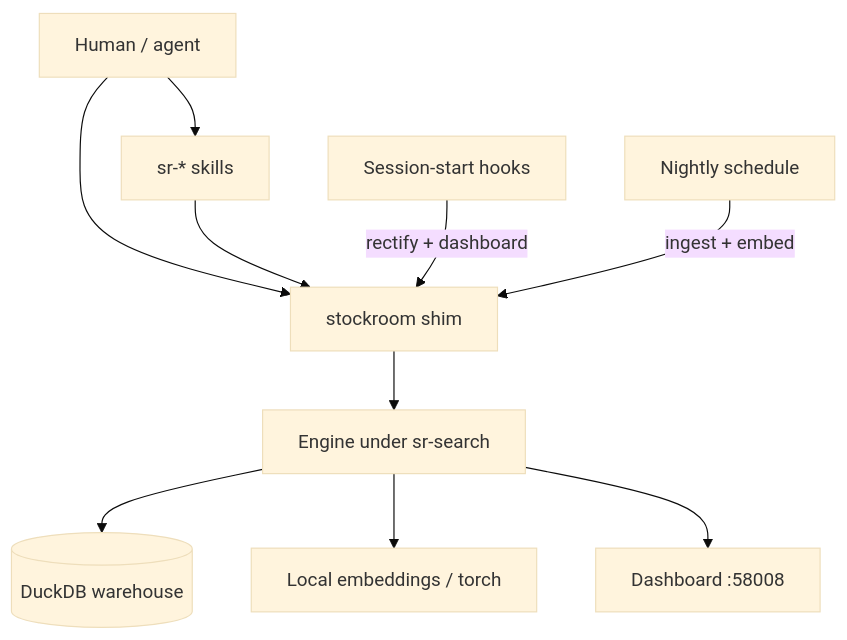
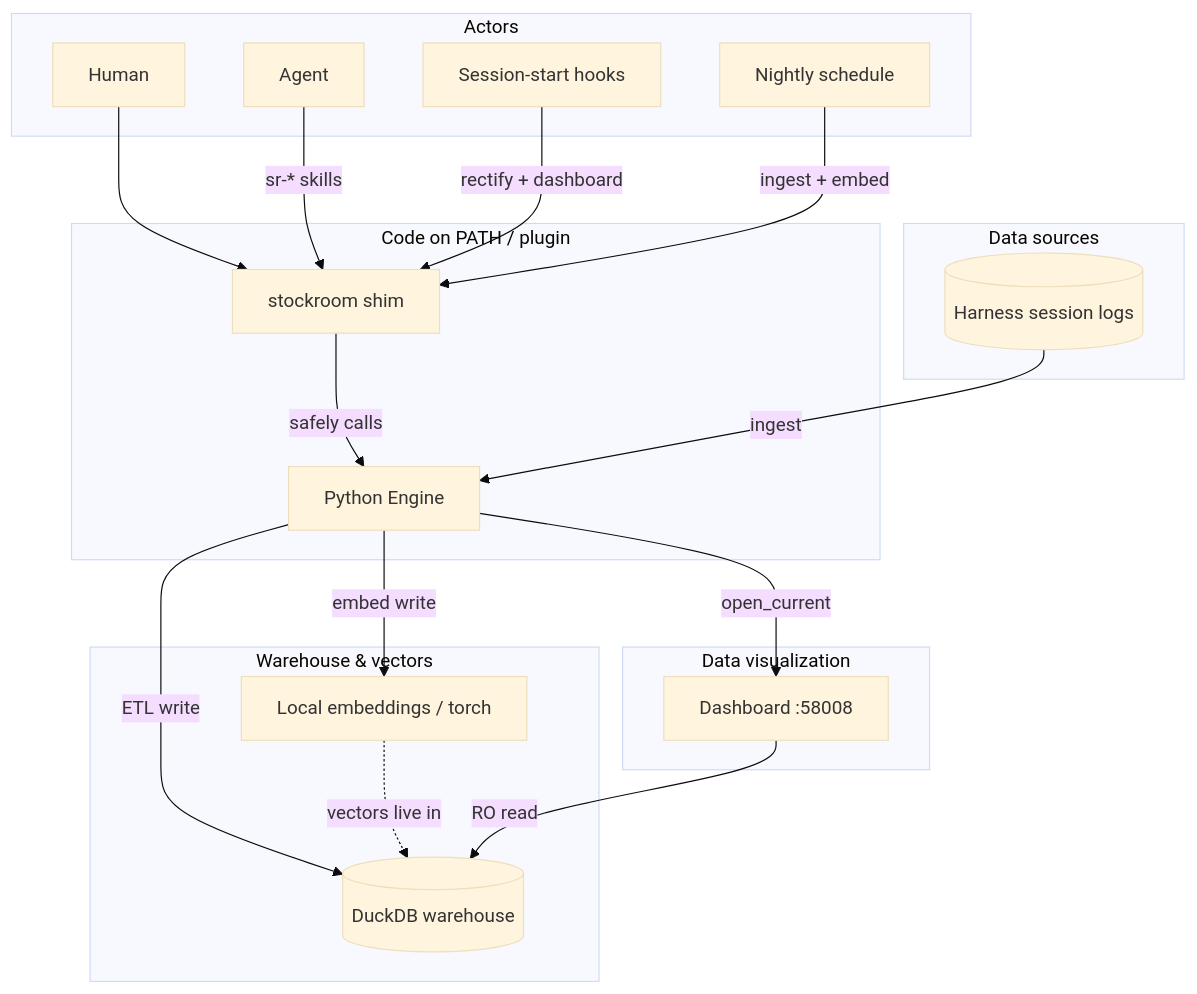
The diagram in docs/architecture/index.md (Texarkanine/stockroom), drawn with Mermaid (base theme) before and after one commit. The commit also changed other lines of this file, not shown here.

Commit message:
chore: saving work

````diff
--- a/docs/architecture/index.md
+++ b/docs/architecture/index.md
@@ -9,22 +7,39 @@
 ```mermaid
 flowchart TB
-  User[Human / agent]
-  Skills[sr-* skills]
-  Hook[Session-start hooks]
-  Sched[Nightly schedule]
-  Shim[stockroom shim]
-  Eng[Engine under sr-search]
-  WH[(DuckDB warehouse)]
-  Emb[Local embeddings / torch]
-  Dash[Dashboard :58008]
+  subgraph actors["Actors"]
+    Human
+    Agent
+    Hook[Session-start hooks]
+    Sched[Nightly schedule]
+  end
 
-  User --> Skills
-  User --> Shim
-  Skills --> Shim
+  subgraph code["Code on PATH / plugin"]
+    Shim[stockroom shim]
+    Eng[Python Engine]
+  end
+
+  subgraph sources["Data sources"]
+    Logs[(Harness session logs)]
+  end
+
+  subgraph store["Warehouse & vectors"]
+    WH[(DuckDB warehouse)]
+    Emb[Local embeddings / torch]
+  end
+
+  subgraph viz["Data visualization"]
+    Dash[Dashboard :58008]
+  end
+
+  Human --> Shim
+  Agent -->|"sr-* skills"| Shim
   Hook -->|"rectify + dashboard"| Shim
   Sched -->|"ingest + embed"| Shim
-  Shim --> Eng
-  Eng --> WH
-  Eng --> Emb
-  Eng --> Dash
+  Shim -->|"safely calls"| Eng
+  Logs -->|"ingest"| Eng
+  Eng -->|"ETL write"| WH
+  Eng -->|"embed write"| Emb
+  Emb -.->|"vectors live in"| WH
+  Eng -->|"open_current"| Dash
+  Dash -->|"RO read"| WH
 ```
````
